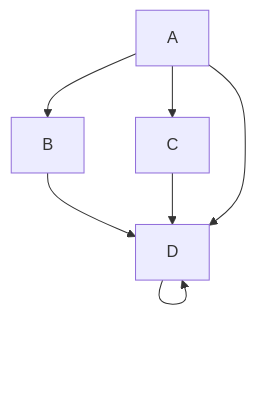
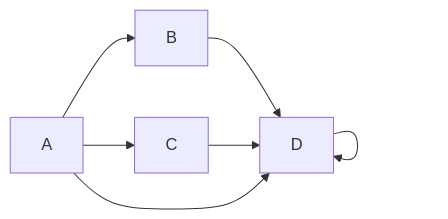
One commit to giellalt/lang-zxx changed the second of 4 diagrams in docs/Test.md. Above: the diagram before and after it, drawn with Mermaid.

Commit message:
Change orientation of the graph

````diff
--- a/docs/Test.md
+++ b/docs/Test.md
@@ -13,9 +13,9 @@
 ```mermaid
-graph TD;
+graph LR;
 	A-->B;
 	A-->C;
 	B-->D;
 	C-->D;
 	A-->D;
 	D-->D;
 ```
````
